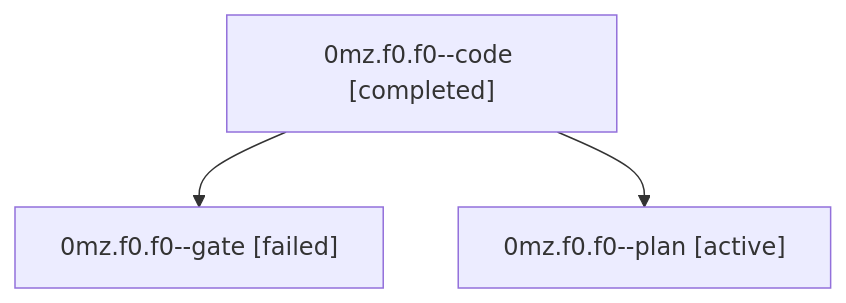
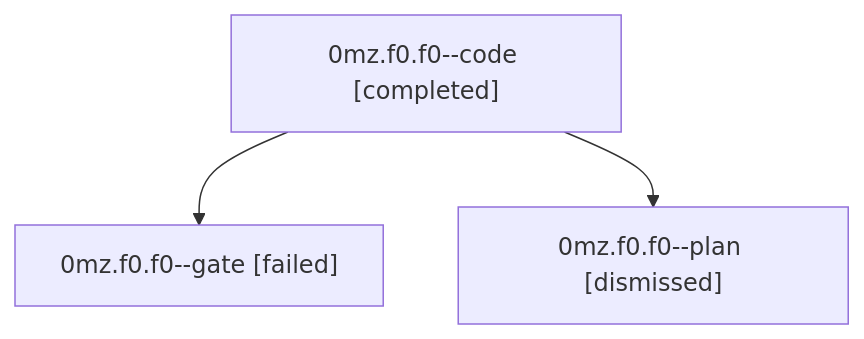
Before and after one commit to bobs-org/bob-cli--agents: the diagram in sessions/bbugyi200.athena.0mz.f0.f0.md, drawn with Mermaid. The commit also changed other lines of this file and 33 other files, not shown here.

````diff
--- a/sessions/bbugyi200.athena.0mz.f0.f0.md
+++ b/sessions/bbugyi200.athena.0mz.f0.f0.md
@@ -9,8 +9,8 @@
 ```mermaid
 flowchart TD
   n0["0mz.f0.f0--code [completed]"]
   n1["0mz.f0.f0--gate [failed]"]
   n0 --> n1
-  n2["0mz.f0.f0--plan [active]"]
+  n2["0mz.f0.f0--plan [dismissed]"]
   n0 --> n2
 ```
````
